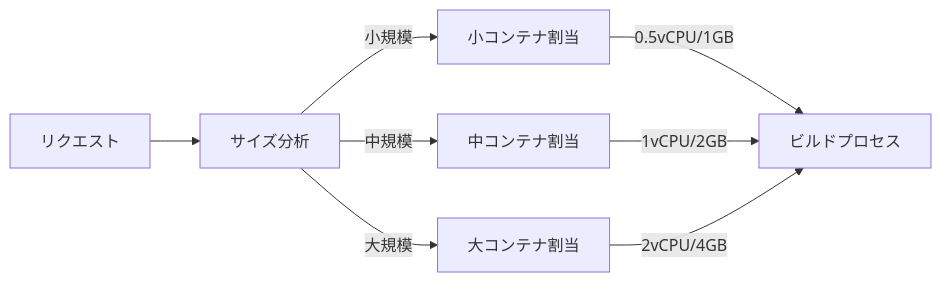
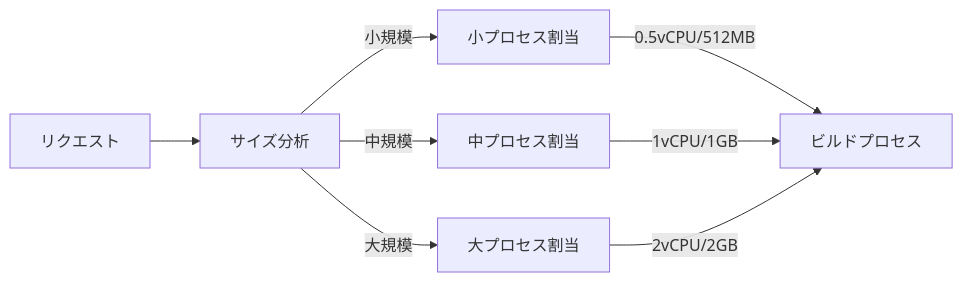
The seventh of 9 diagrams in 詳細設計書.md (shiftplus-corp-homan-keisuke/artifact), drawn with Mermaid before and after one commit. The commit also changed other lines of this file and 3 other files, not shown here.

First line of the commit message:
feat: Implement container pool for build process optimization

````diff
--- a/詳細設計書.md
+++ b/詳細設計書.md
@@ -369,10 +389,10 @@
 ```mermaid
 flowchart LR
     Request[リクエスト] --> SizeAnalysis[サイズ分析]
-    SizeAnalysis --> |小規模| SmallContainer[小コンテナ割当]
-    SizeAnalysis --> |中規模| MediumContainer[中コンテナ割当]
-    SizeAnalysis --> |大規模| LargeContainer[大コンテナ割当]
-    SmallContainer --> |0.5vCPU/1GB| BuildProcess[ビルドプロセス]
-    MediumContainer --> |1vCPU/2GB| BuildProcess
-    LargeContainer --> |2vCPU/4GB| BuildProcess
+    SizeAnalysis --> |小規模| SmallProcess[小プロセス割当]
+    SizeAnalysis --> |中規模| MediumProcess[中プロセス割当]
+    SizeAnalysis --> |大規模| LargeProcess[大プロセス割当]
+    SmallProcess --> |0.5vCPU/512MB| BuildProcess[ビルドプロセス]
+    MediumProcess --> |1vCPU/1GB| BuildProcess
+    LargeProcess --> |2vCPU/2GB| BuildProcess
 ```
````
